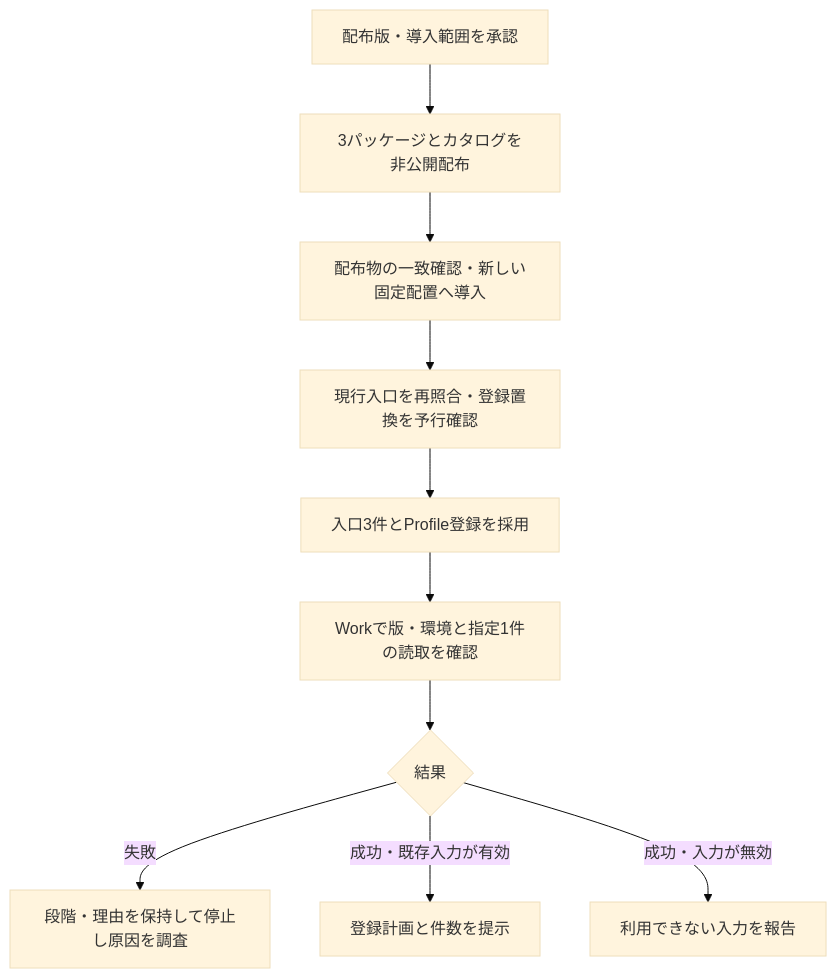
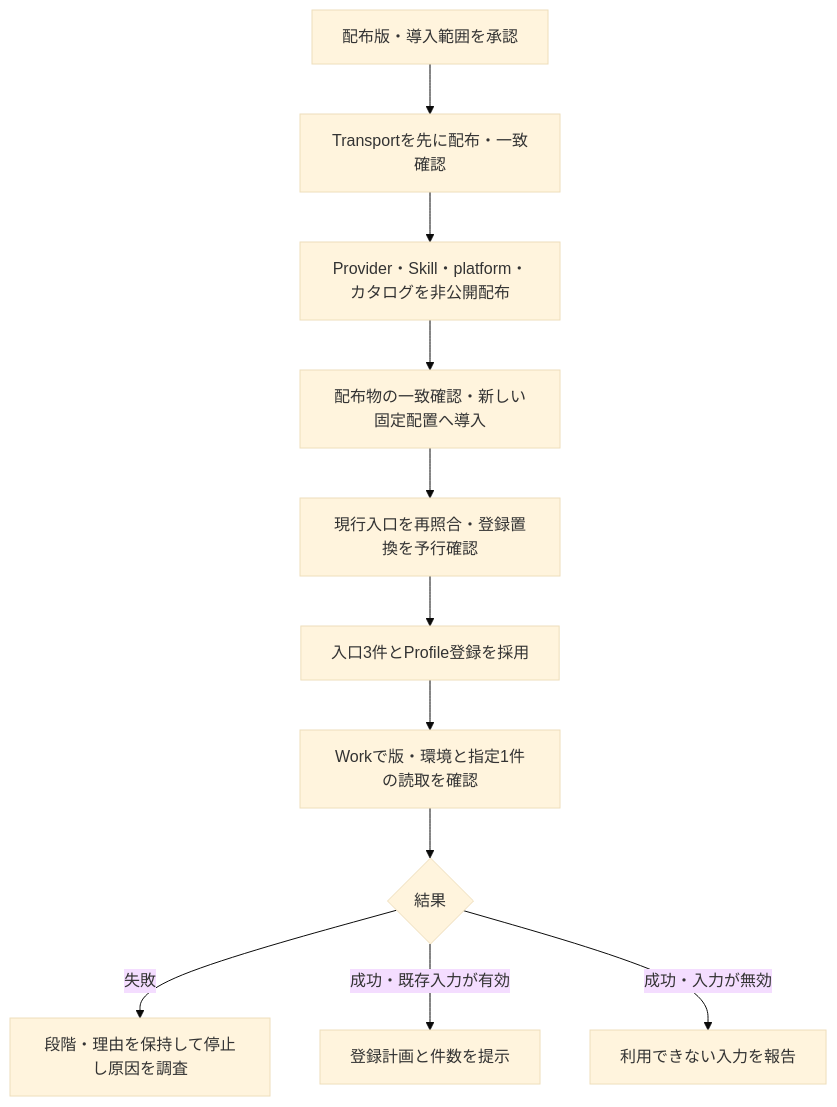
The diagram in docs/reviews/profile-diagnostic-adoption-ja.md (flair-agency/live-agency), drawn with Mermaid (base theme) before and after one commit. The commit also changed other lines of this file, not shown here.

````diff
--- a/docs/reviews/profile-diagnostic-adoption-ja.md
+++ b/docs/reviews/profile-diagnostic-adoption-ja.md
@@ -72,12 +79,13 @@
 ```mermaid
 flowchart TD
-  A[配布版・導入範囲を承認] --> B[3パッケージとカタログを非公開配布]
-  B --> C[配布物の一致確認・新しい固定配置へ導入]
+  A[配布版・導入範囲を承認] --> B[Transportを先に配布・一致確認]
+  B --> B2[Provider・Skill・platform・カタログを非公開配布]
+  B2 --> C[配布物の一致確認・新しい固定配置へ導入]
   C --> D[現行入口を再照合・登録置換を予行確認]
   D --> E[入口3件とProfile登録を採用]
   E --> F[Workで版・環境と指定1件の読取を確認]
   F --> G{結果}
   G -->|失敗| H[段階・理由を保持して停止し原因を調査]
   G -->|成功・既存入力が有効| I[登録計画と件数を提示]
   G -->|成功・入力が無効| J[利用できない入力を報告]
 ```
````
